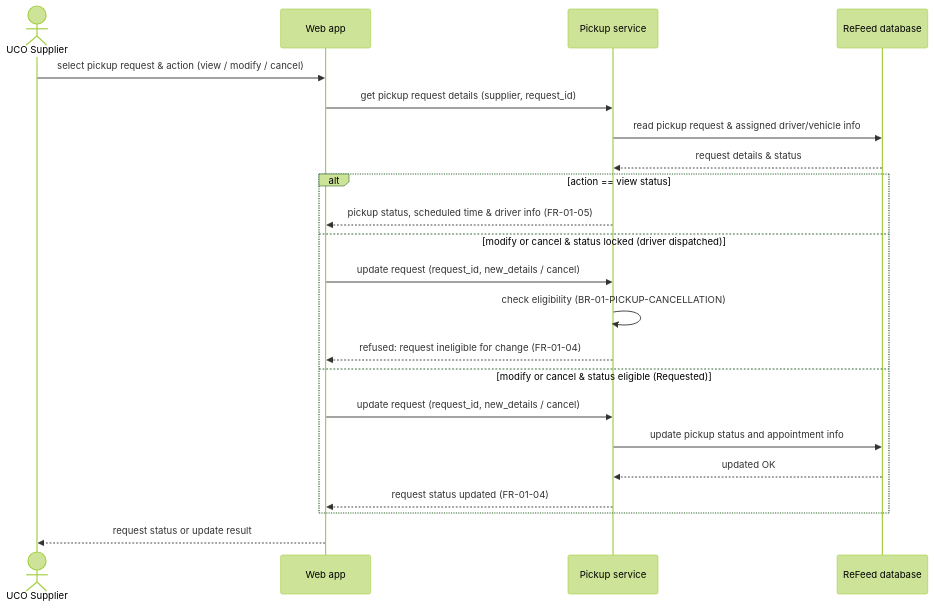
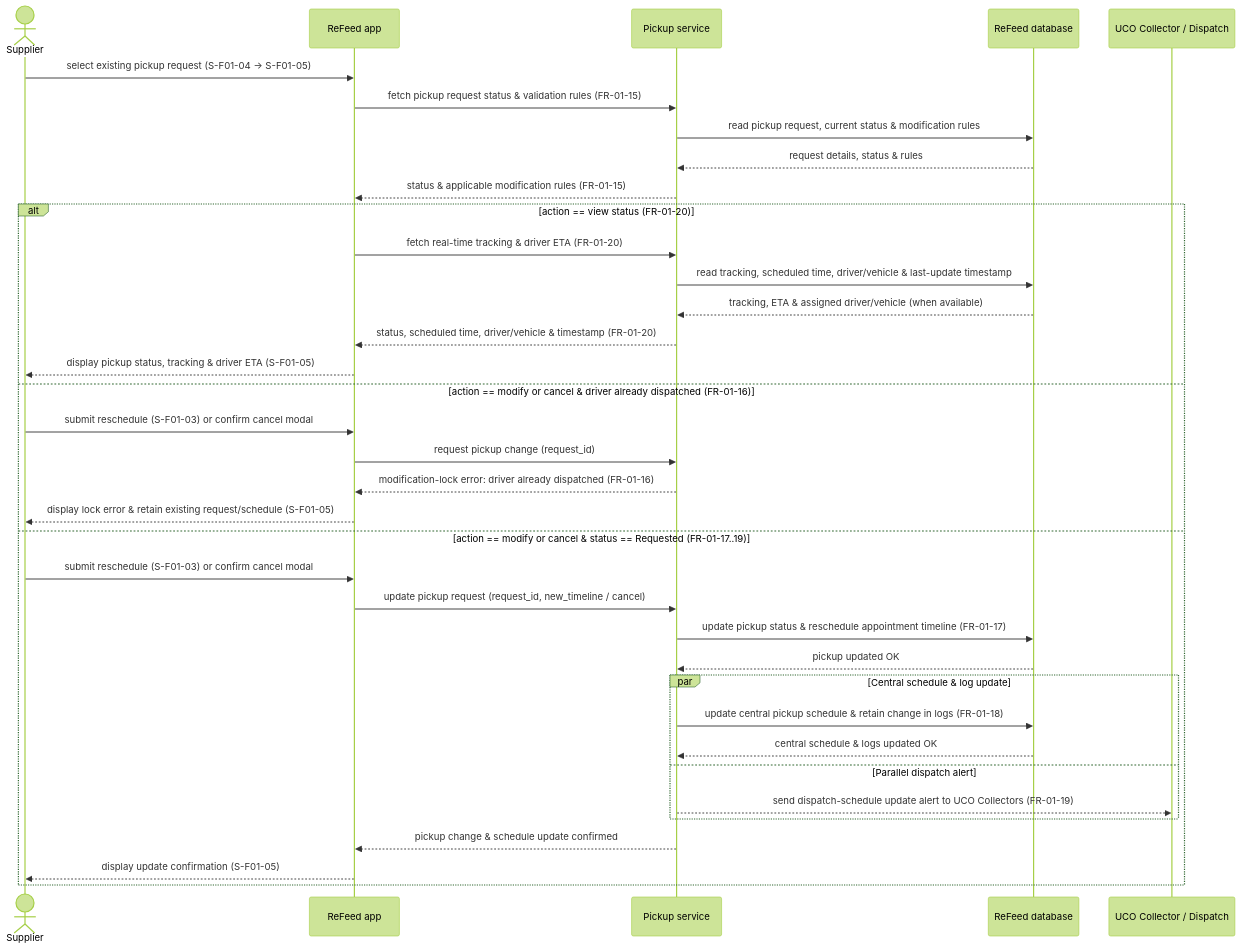
One commit to thuyvicbh-alt/DBIZ2---GROUP-D changed the diagram in docs/use-case/SD-UC-04.md. Above: the diagram before and after it, drawn with Mermaid (forest theme). The commit also changed other lines of this file, not shown here.

````diff
--- a/docs/use-case/SD-UC-04.md
+++ b/docs/use-case/SD-UC-04.md
@@ -11,24 +16,40 @@
 ```mermaid
 sequenceDiagram
-  actor S as UCO Supplier
-  participant W as Web app
-  participant C as Pickup service
+  actor S as Supplier
+  participant A as ReFeed app
+  participant P as Pickup service
   participant D as ReFeed database
-  S->>W: select pickup request & action (view / modify / cancel)
-  W->>C: get pickup request details (supplier, request_id)
-  C->>D: read pickup request & assigned driver/vehicle info
-  D-->>C: request details & status
-  alt action == view status
-    C-->>W: pickup status, scheduled time & driver info (FR-01-05)
-  else modify or cancel & status locked (driver dispatched)
-    W->>C: update request (request_id, new_details / cancel)
-    C->>C: check eligibility (BR-01-PICKUP-CANCELLATION)
-    C-->>W: refused: request ineligible for change (FR-01-04)
-  else modify or cancel & status eligible (Requested)
-    W->>C: update request (request_id, new_details / cancel)
-    C->>D: update pickup status and appointment info
-    D-->>C: updated OK
-    C-->>W: request status updated (FR-01-04)
+  participant C as UCO Collector / Dispatch
+
+  S->>A: select existing pickup request (S-F01-04 -> S-F01-05)
+  A->>P: fetch pickup request status & validation rules (FR-01-15)
+  P->>D: read pickup request, current status & modification rules
+  D-->>P: request details, status & rules
+  P-->>A: status & applicable modification rules (FR-01-15)
+
+  alt action == view status (FR-01-20)
+    A->>P: fetch real-time tracking & driver ETA (FR-01-20)
+    P->>D: read tracking, scheduled time, driver/vehicle & last-update timestamp
+    D-->>P: tracking, ETA & assigned driver/vehicle (when available)
+    P-->>A: status, scheduled time, driver/vehicle & timestamp (FR-01-20)
+    A-->>S: display pickup status, tracking & driver ETA (S-F01-05)
+  else action == modify or cancel & driver already dispatched (FR-01-16)
+    S->>A: submit reschedule (S-F01-03) or confirm cancel modal
+    A->>P: request pickup change (request_id)
+    P-->>A: modification-lock error: driver already dispatched (FR-01-16)
+    A-->>S: display lock error & retain existing request/schedule (S-F01-05)
+  else action == modify or cancel & status == Requested (FR-01-17..19)
+    S->>A: submit reschedule (S-F01-03) or confirm cancel modal
+    A->>P: update pickup request (request_id, new_timeline / cancel)
+    P->>D: update pickup status & reschedule appointment timeline (FR-01-17)
+    D-->>P: pickup updated OK
+    par Central schedule & log update
+      P->>D: update central pickup schedule & retain change in logs (FR-01-18)
+      D-->>P: central schedule & logs updated OK
+    and Parallel dispatch alert
+      P-->>C: send dispatch-schedule update alert to UCO Collectors (FR-01-19)
+    end
+    P-->>A: pickup change & schedule update confirmed
+    A-->>S: display update confirmation (S-F01-05)
   end
-  W-->>S: request status or update result
 ```
````
